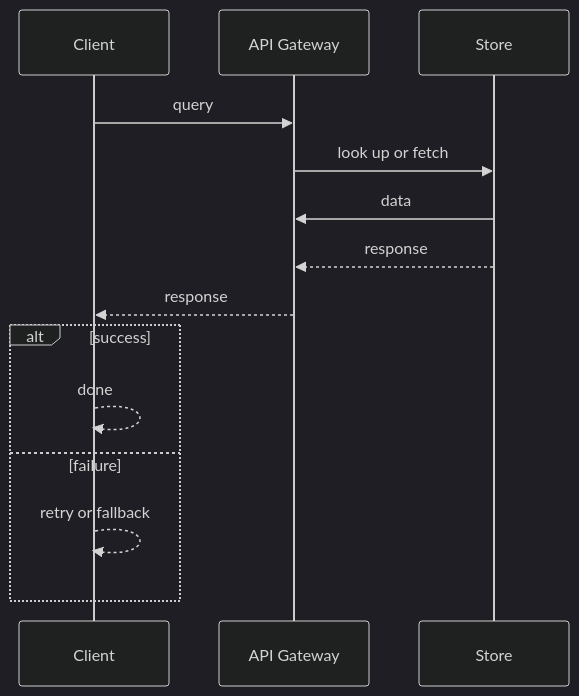
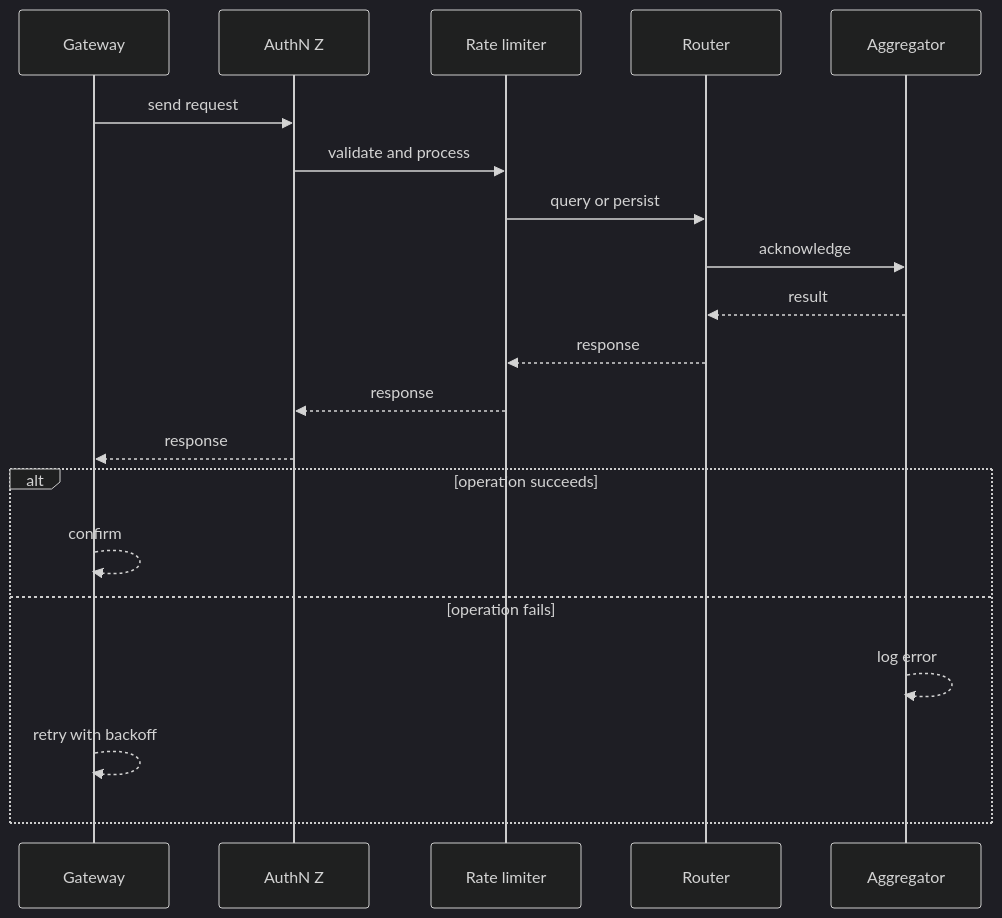
The second of 4 diagrams in case-studies/advanced/api-gateway-system.md (RIT-MESH/system-design-mastery), drawn with Mermaid (dark theme) before and after one commit. The commit also changed other lines of this file and 64 other files, not shown here.

````diff
--- a/case-studies/advanced/api-gateway-system.md
+++ b/case-studies/advanced/api-gateway-system.md
@@ -79,17 +66,23 @@
 ```mermaid
 %% created-for: system-design-mastery
 sequenceDiagram
-  participant P0 as Client
-  participant P1 as API Gateway
-  participant P2 as Store
-  P0 ->> P1: query
-  P1 ->> P2: look up or fetch
-  P2 ->> P1: data
-  P2 -->> P1: response
-  P1 -->> P0: response
-  alt success
-    P0 -->> P0: done
-  else failure
-    P0 -->> P0: retry or fallback
+  participant C0 as Gateway
+  participant C1 as AuthN Z
+  participant C2 as Rate limiter
+  participant C3 as Router
+  participant C4 as Aggregator
+  C0 ->> C1: send request
+  C1 ->> C2: validate and process
+  C2 ->> C3: query or persist
+  C3 ->> C4: acknowledge
+  C4 -->> C3: result
+  C3 -->> C2: response
+  C2 -->> C1: response
+  C1 -->> C0: response
+  alt operation succeeds
+    C0 -->> C0: confirm
+  else operation fails
+    C4 -->> C4: log error
+    C0 -->> C0: retry with backoff
   end
 ```
````
